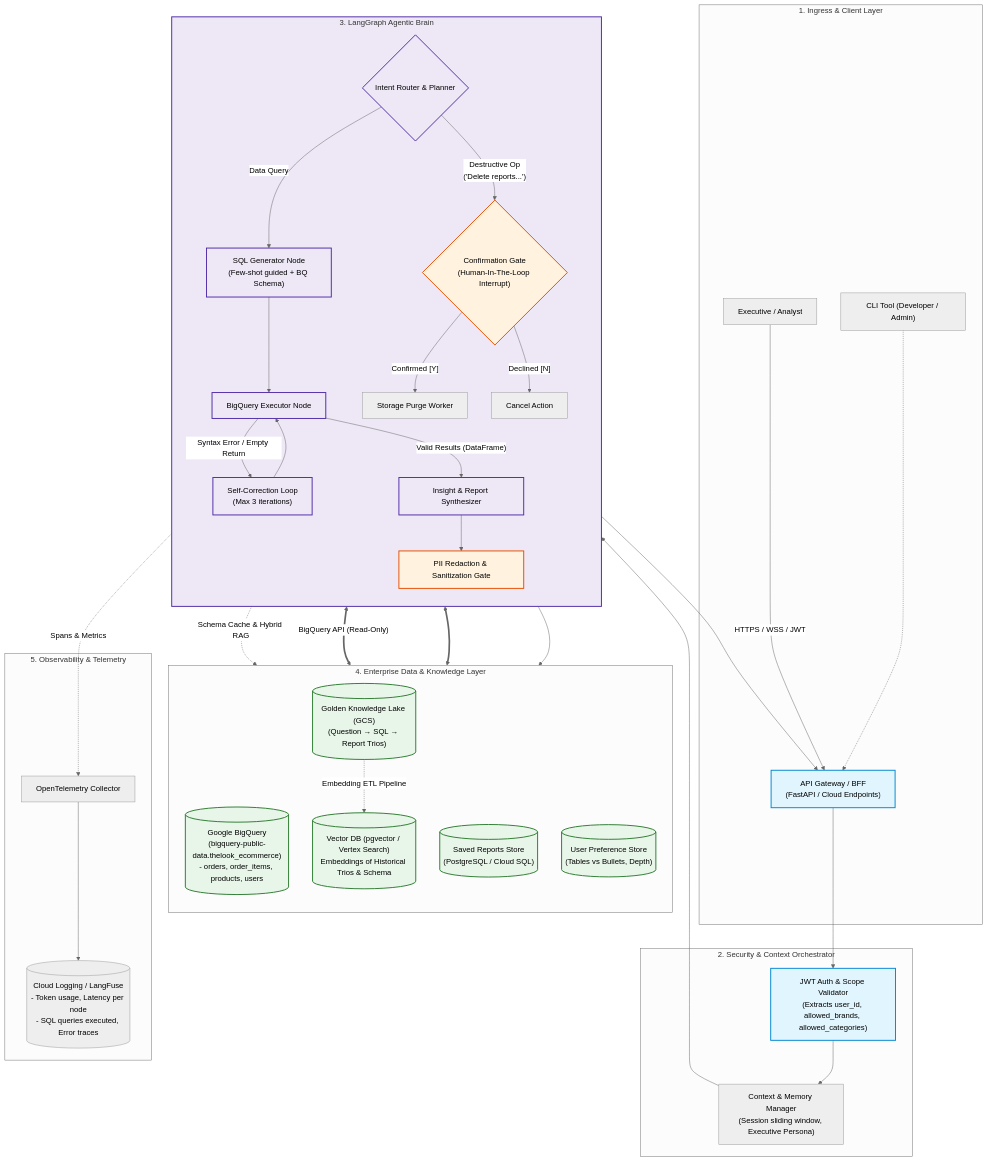
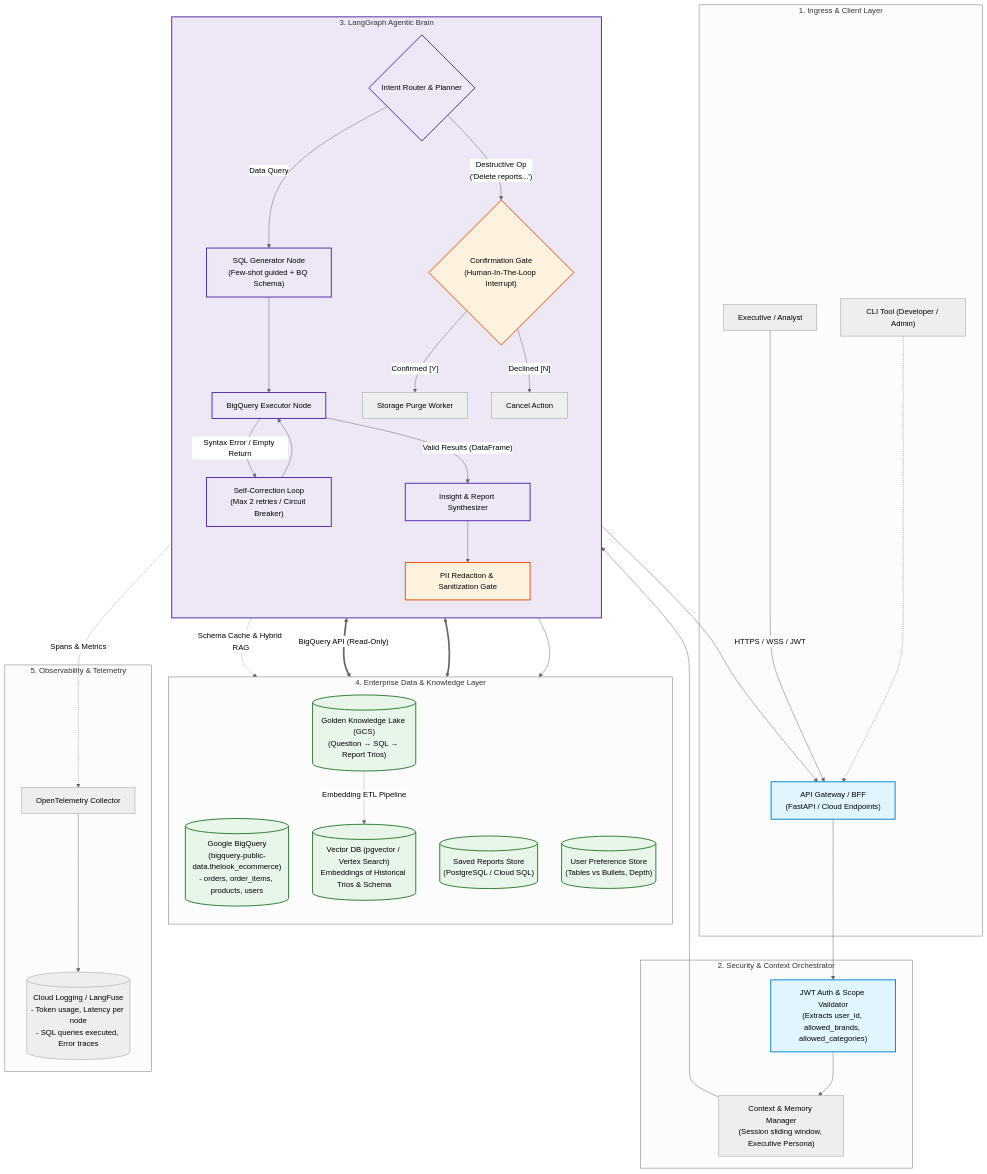
Before and after one commit to rudolfo-felix/opsfleet-rudolfo-felix: the second of 3 diagrams in docs/MASTER_PLAN.md, drawn with Mermaid (neutral theme). The commit also changed other lines of this file and 18 other files, not shown here.

````diff
--- a/docs/MASTER_PLAN.md
+++ b/docs/MASTER_PLAN.md
@@ -195,62 +195,62 @@
 ```mermaid
 flowchart TB
     subgraph Client_Layer["1. Ingress & Client Layer"]
         User["Executive / Analyst"] -->|"HTTPS / WSS / JWT"| Gateway["API Gateway / BFF\n(FastAPI / Cloud Endpoints)"]
         CLI["CLI Tool (Developer / Admin)"] -.-> Gateway
     end
 
     subgraph Security_Context["2. Security & Context Orchestrator"]
         Gateway --> AuthValidator["JWT Auth & Scope Validator\n(Extracts user_id, allowed_brands, allowed_categories)"]
         AuthValidator --> ContextMgr["Context & Memory Manager\n(Session sliding window, Executive Persona)"]
     end
 
     subgraph Agentic_Core["3. LangGraph Agentic Brain"]
         direction TB
         ContextMgr --> IntentRouter{"Intent Router & Planner"}
         
         IntentRouter -->|"Data Query"| SQLGen["SQL Generator Node\n(Few-shot guided + BQ Schema)"]
         SQLGen --> BQExec["BigQuery Executor Node"]
-        BQExec -->|"Syntax Error / Empty Return"| SelfCorrect["Self-Correction Loop\n(Max 3 iterations)"]
+        BQExec -->|"Syntax Error / Empty Return"| SelfCorrect["Self-Correction Loop\n(Max 2 retries / Circuit Breaker)"]
         SelfCorrect --> BQExec
         BQExec -->|"Valid Results (DataFrame)"| Synthesizer["Insight & Report Synthesizer"]
         
         IntentRouter -->|"Destructive Op\n('Delete reports...')"| DestructCheck{"Confirmation Gate\n(Human-In-The-Loop Interrupt)"}
         DestructCheck -->|"Confirmed [Y]"| DeleteWorker["Storage Purge Worker"]
         DestructCheck -->|"Declined [N]"| AbortWorker["Cancel Action"]
         
         Synthesizer --> PIIGuard["PII Redaction & Sanitization Gate"]
     end
 
     subgraph Knowledge_Data_Layer["4. Enterprise Data & Knowledge Layer"]
         direction TB
         BQ[("Google BigQuery\n(bigquery-public-data.thelook_ecommerce)\n- orders, order_items, products, users")]
         GoldenLake[("Golden Knowledge Lake (GCS)\n(Question → SQL → Report Trios)")]
         VectorStore[("Vector DB (pgvector / Vertex Search)\nEmbeddings of Historical Trios & Schema")]
         ReportsDB[("Saved Reports Store\n(PostgreSQL / Cloud SQL)")]
         UserPrefDB[("User Preference Store\n(Tables vs Bullets, Depth)")]
     end
 
     subgraph Observability_Layer["5. Observability & Telemetry"]
         OTel["OpenTelemetry Collector"]
         TraceLogger[("Cloud Logging / LangFuse\n- Token usage, Latency per node\n- SQL queries executed, Error traces")]
     end
 
     %% Wiring
     SQLGen -.->|"Schema Cache & Hybrid RAG"| VectorStore
     GoldenLake -.->|"Embedding ETL Pipeline"| VectorStore
     BQExec <==>|"BigQuery API (Read-Only)"| BQ
     DeleteWorker <==> ReportsDB
     PIIGuard --> UserPrefDB
     PIIGuard --> Gateway
     Agentic_Core -.->|"Spans & Metrics"| OTel --> TraceLogger
 
     classDef primary fill:#e1f5fe,stroke:#0288d1,stroke-width:2px;
     classDef brain fill:#ede7f6,stroke:#512da8,stroke-width:2px;
     classDef storage fill:#e8f5e9,stroke:#2e7d32,stroke-width:2px;
     classDef security fill:#fff3e0,stroke:#e65100,stroke-width:2px;
 
     class Gateway,AuthValidator primary;
     class Agentic_Core,SQLGen,BQExec,SelfCorrect,Synthesizer,IntentRouter brain;
     class BQ,GoldenLake,VectorStore,ReportsDB,UserPrefDB storage;
     class PIIGuard,DestructCheck security;
 ```
````
